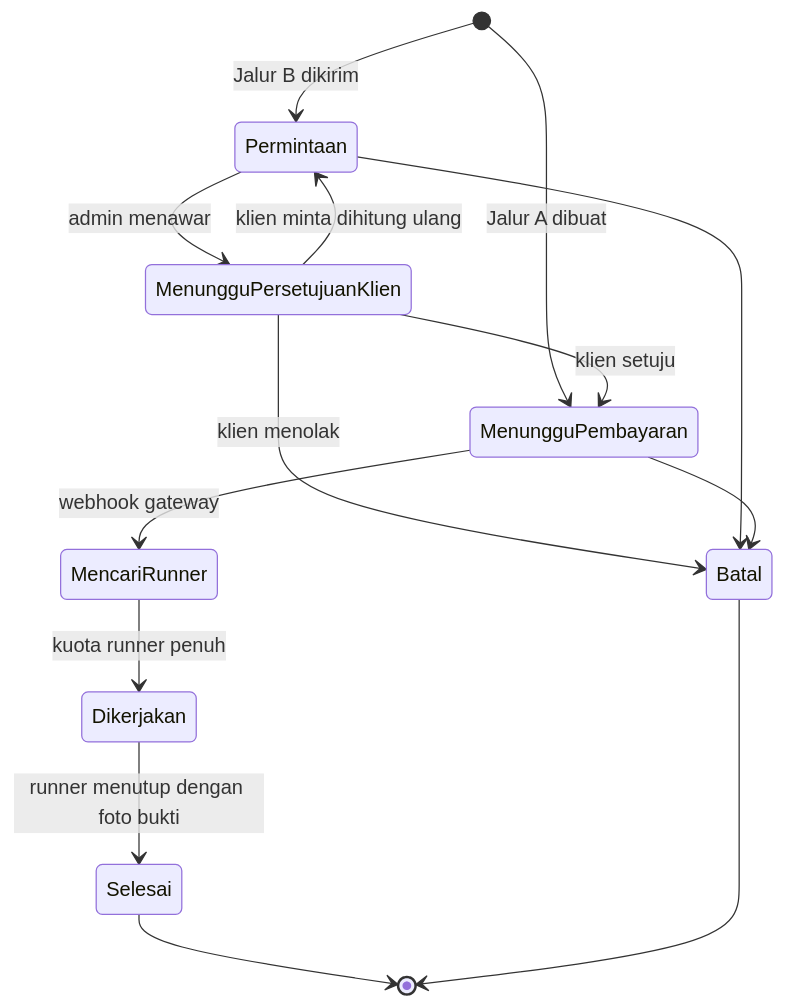
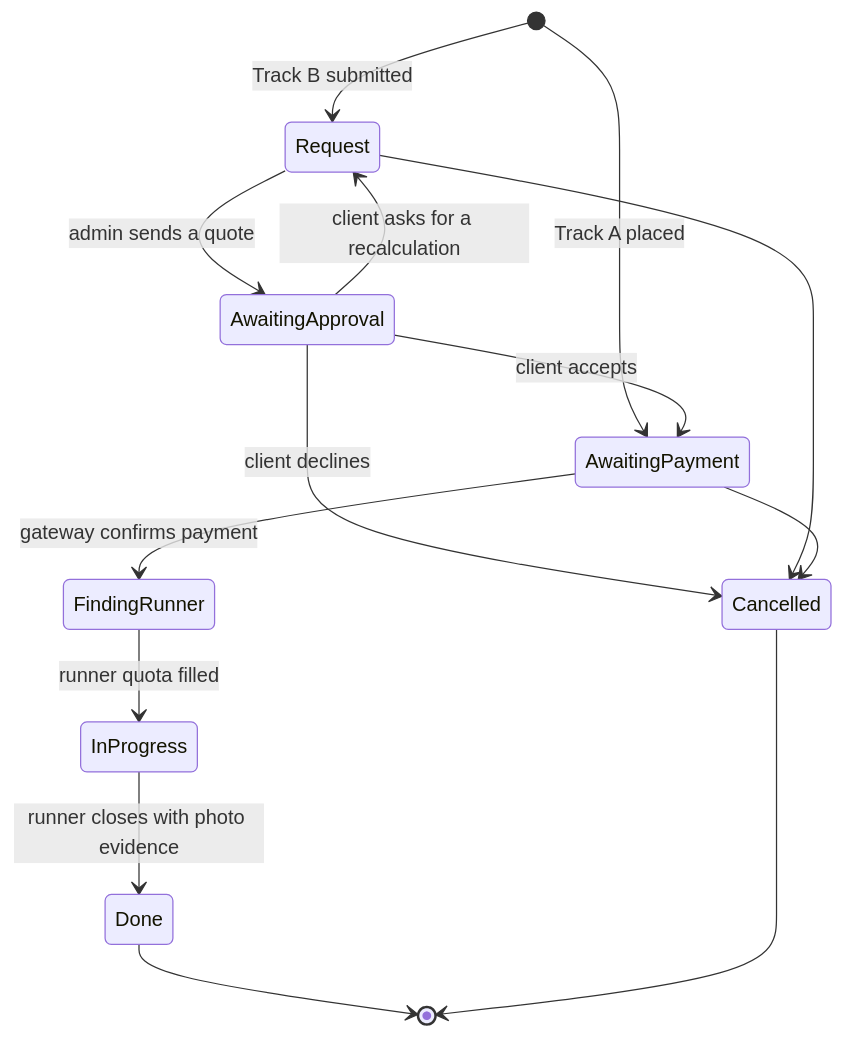
One commit to fahmiprasetio/UPNVJ_Suruh_MobileApp changed the diagram in README.md. Above: the diagram before and after it, drawn with Mermaid. The commit also changed other lines of this file, not shown here.

````diff
--- a/README.md
+++ b/README.md
@@ -77,19 +44,19 @@
 ```mermaid
 stateDiagram-v2
-    [*] --> Permintaan: Jalur B dikirim
-    [*] --> MenungguPembayaran: Jalur A dibuat
+    [*] --> Request: Track B submitted
+    [*] --> AwaitingPayment: Track A placed
 
-    Permintaan --> MenungguPersetujuanKlien: admin menawar
-    MenungguPersetujuanKlien --> Permintaan: klien minta dihitung ulang
-    MenungguPersetujuanKlien --> MenungguPembayaran: klien setuju
-    MenungguPersetujuanKlien --> Batal: klien menolak
+    Request --> AwaitingApproval: admin sends a quote
+    AwaitingApproval --> Request: client asks for a recalculation
+    AwaitingApproval --> AwaitingPayment: client accepts
+    AwaitingApproval --> Cancelled: client declines
 
-    MenungguPembayaran --> MencariRunner: webhook gateway
-    MencariRunner --> Dikerjakan: kuota runner penuh
-    Dikerjakan --> Selesai: runner menutup dengan foto bukti
+    AwaitingPayment --> FindingRunner: gateway confirms payment
+    FindingRunner --> InProgress: runner quota filled
+    InProgress --> Done: runner closes with photo evidence
 
-    Permintaan --> Batal
-    MenungguPembayaran --> Batal
-    Selesai --> [*]
-    Batal --> [*]
+    Request --> Cancelled
+    AwaitingPayment --> Cancelled
+    Done --> [*]
+    Cancelled --> [*]
 ```
````
